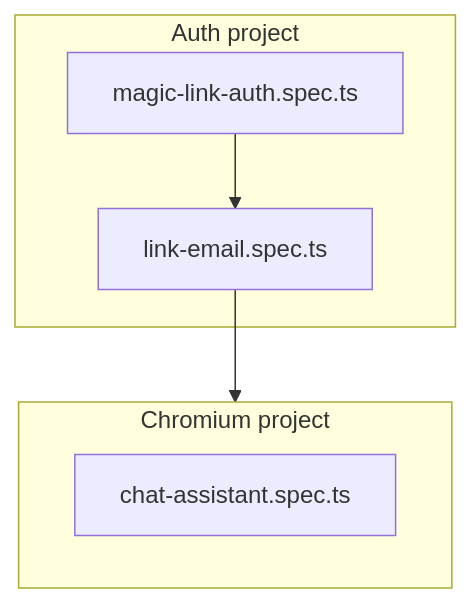
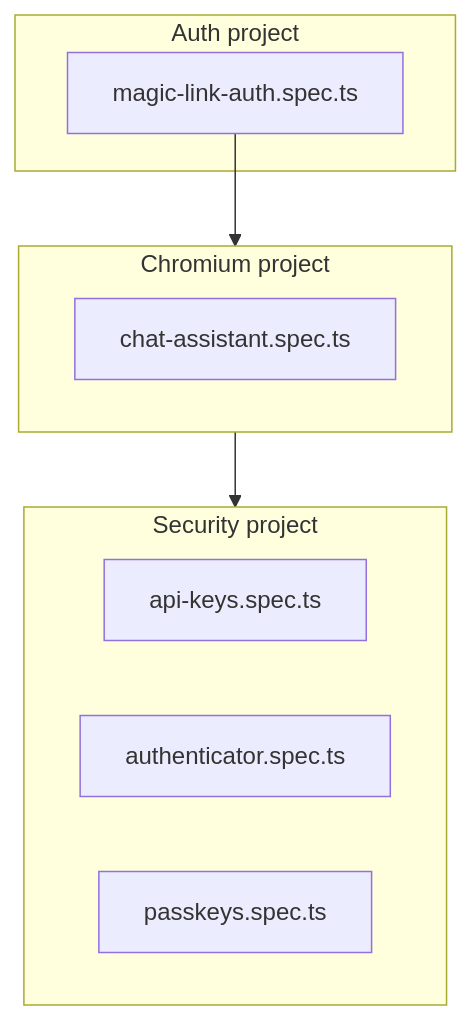
The diagram in apps/docu/content/docs/testing/e2e-testing.mdx (blockmatic/basilic), drawn with Mermaid before and after one commit. The commit also changed other lines of this file and 2 other files, not shown here.

Commit message:
refactor(next): remove e2e slop, align docs with security specs

````diff
--- a/apps/docu/content/docs/testing/e2e-testing.mdx
+++ b/apps/docu/content/docs/testing/e2e-testing.mdx
@@ -102,13 +104,18 @@
 ```mermaid
 flowchart TB
   subgraph AuthProj [Auth project]
     MagicLinkAuth[magic-link-auth.spec.ts]
-    LinkEmail[link-email.spec.ts]
   end
 
   subgraph ChromiumProj [Chromium project]
     ChatAssistant[chat-assistant.spec.ts]
   end
 
-  MagicLinkAuth --> LinkEmail --> ChromiumProj
+  subgraph SecurityProj [Security project]
+    ApiKeys[api-keys.spec.ts]
+    Authenticator[authenticator.spec.ts]
+    Passkeys[passkeys.spec.ts]
+  end
+
+  MagicLinkAuth --> ChromiumProj --> SecurityProj
 ```
````
